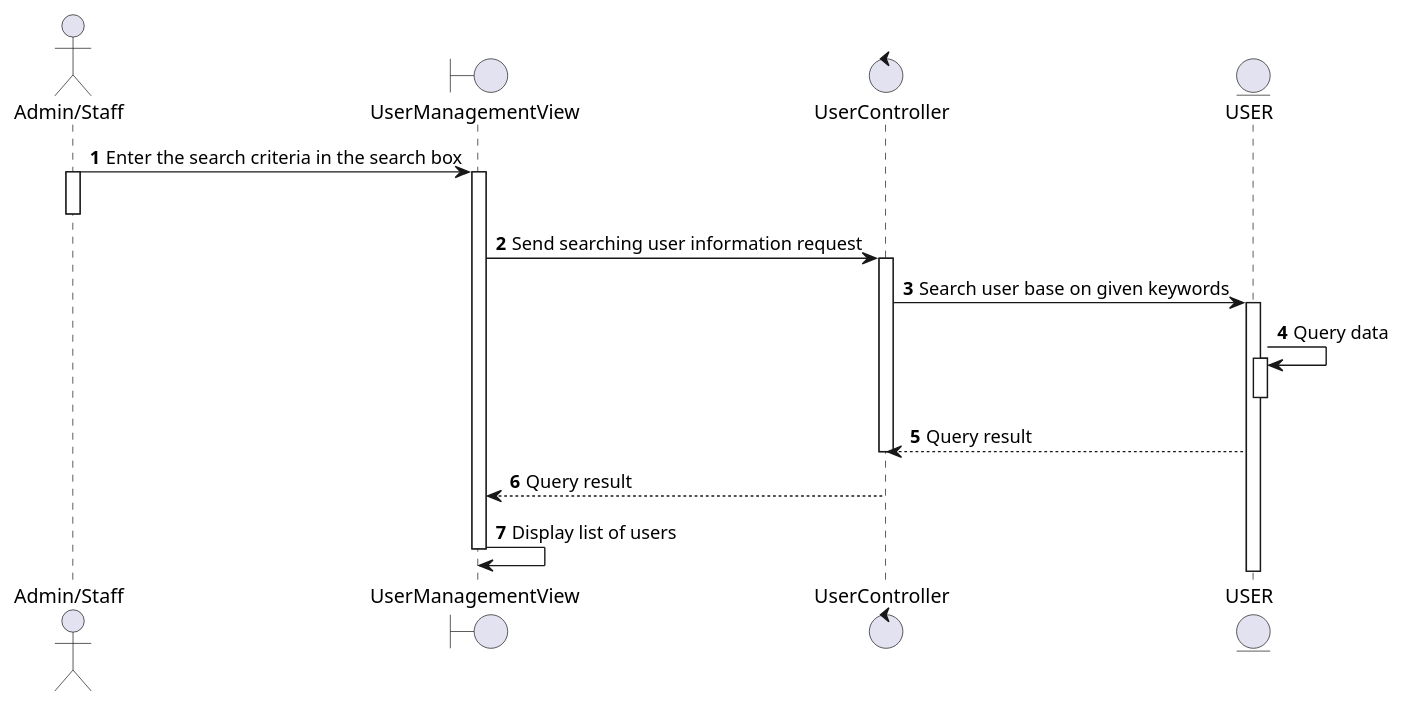
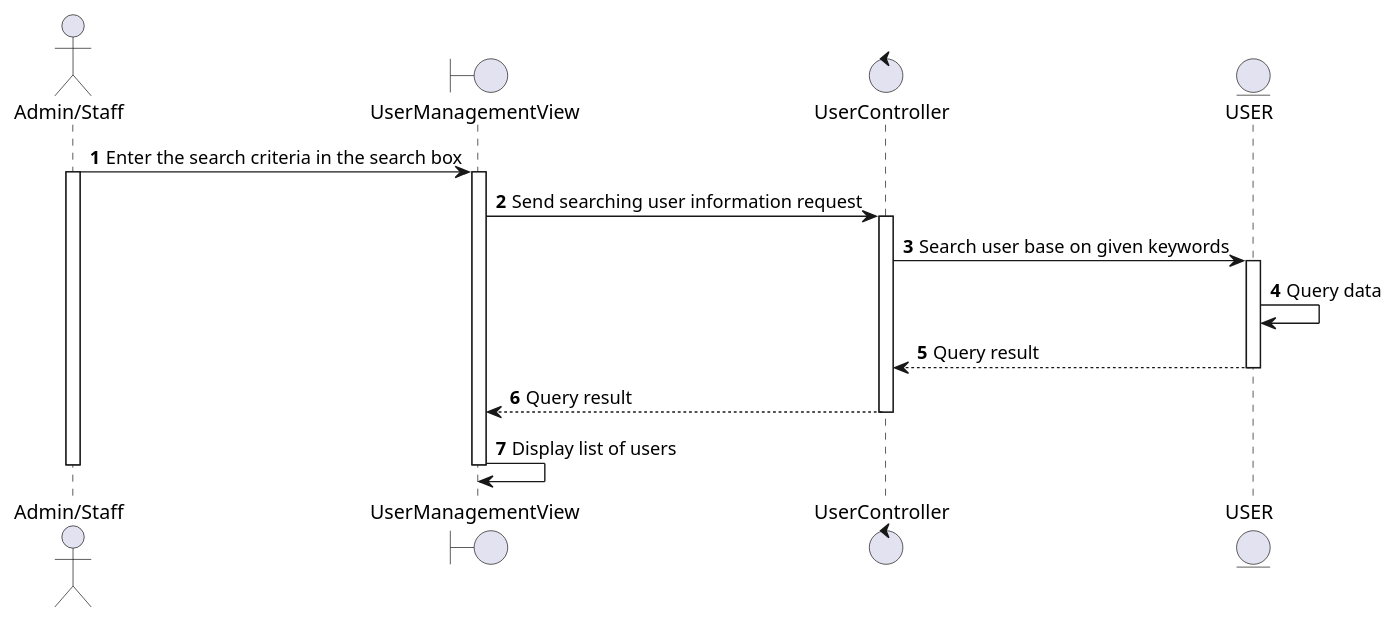
The diagram in docs/docs/sequence/manage-user/search-user.md (electricilies/electricilies.github.io), drawn with PlantUML before and after one commit. The commit also changed 20 other files, not shown here.

````diff
--- a/docs/docs/sequence/manage-user/search-user.md
+++ b/docs/docs/sequence/manage-user/search-user.md
@@ -3,28 +3,27 @@
 ```plantuml
 @startuml
 autonumber
 
 actor "Admin/Staff" as AS
 boundary UserManagementView as UMV
 control UserController as UC
 entity USER as U
 
 AS -> UMV: Enter the search criteria in the search box
 activate AS
-deactivate AS
 activate UMV
 UMV -> UC: Send searching user information request
 activate UC
 UC -> U: Search user base on given keywords
 activate U
 U -> U: Query data
-activate U
+UC <-- U: Query result
 deactivate U
-UC <-- U: Query result
+UMV <-- UC: Query result
 deactivate UC
-UMV <-- UC: Query result
 UMV -> UMV: Display list of users
 deactivate UMV
+deactivate AS
 
 @enduml
 ```
````
